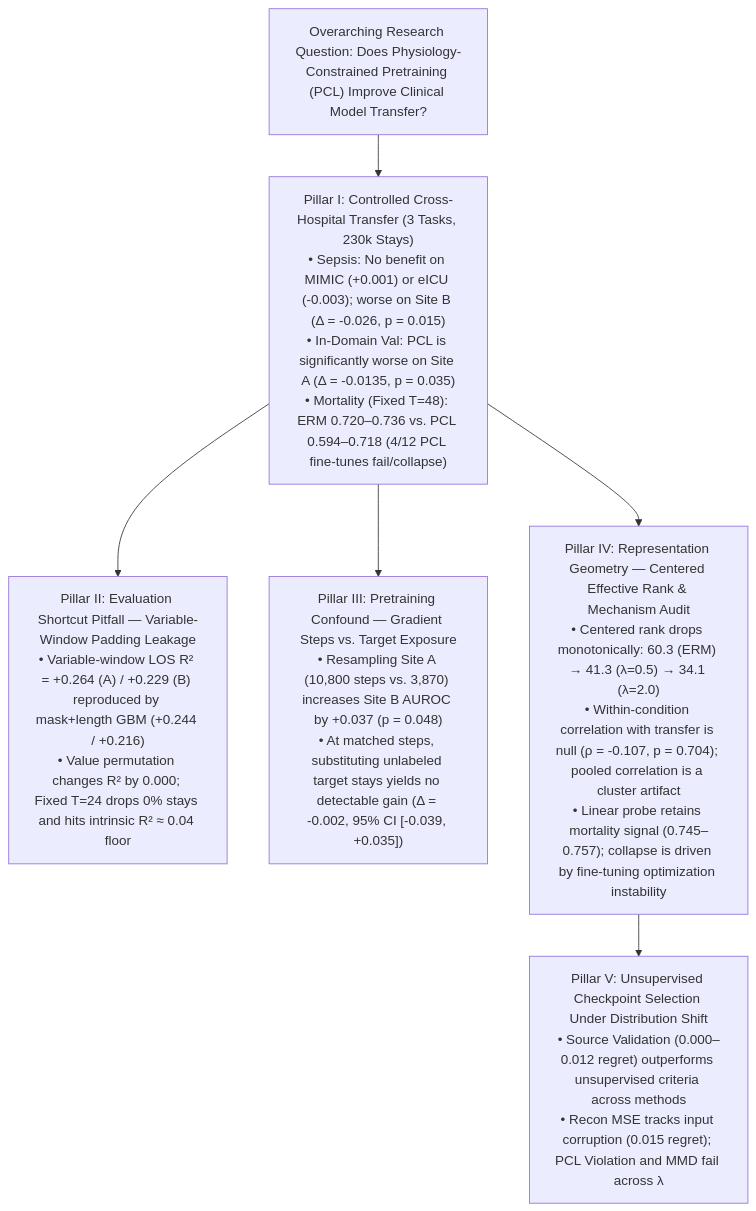
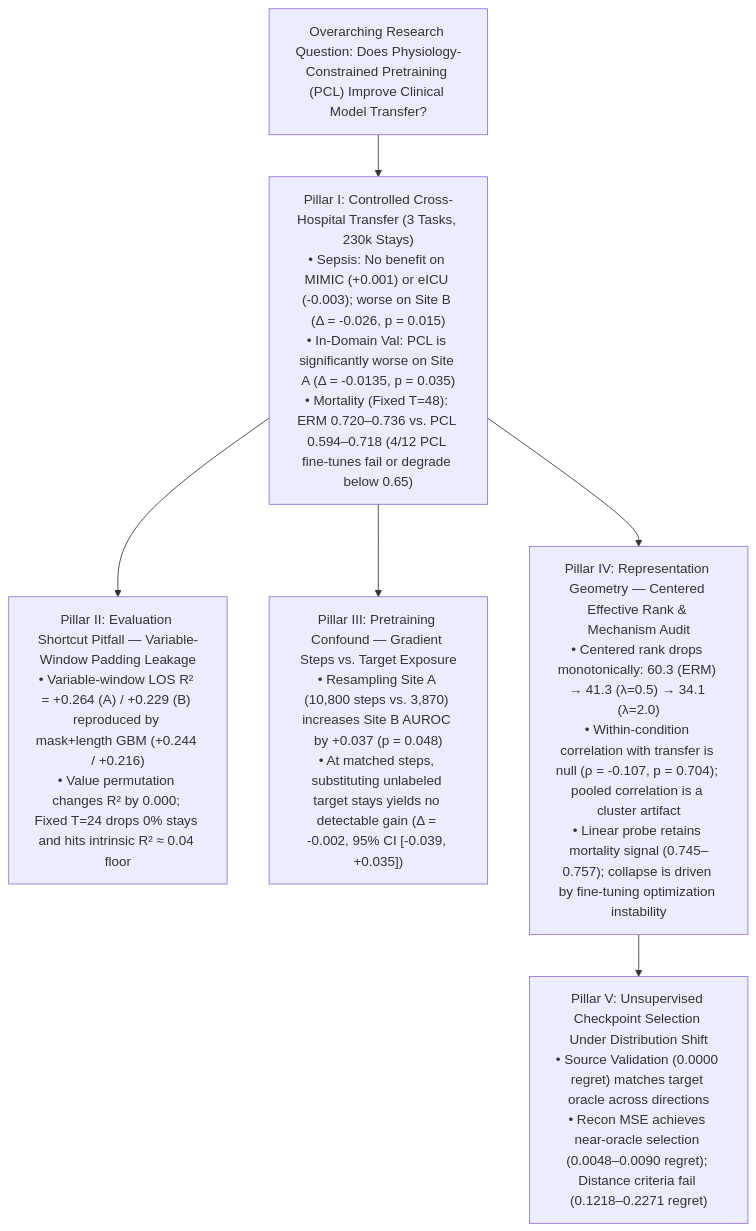
Before and after one commit to Nikhilodeon1/pcl-legacy2: the diagram in results/revision/COMPREHENSIVE_AUDIT_REPORT.md, drawn with Mermaid. The commit also changed other lines of this file and 7 other files, not shown here.

Commit message:
Address Mock Review Round 3: add constraint ablations (MAP-only, No-HH), wire Phase 2c 5-condition protocol, fix cross-platform paths, and reconcile mortality audit numbers

````diff
--- a/results/revision/COMPREHENSIVE_AUDIT_REPORT.md
+++ b/results/revision/COMPREHENSIVE_AUDIT_REPORT.md
@@ -13,16 +13,16 @@
 ```mermaid
 flowchart TD
     Q["Overarching Research Question: Does Physiology-Constrained Pretraining (PCL) Improve Clinical Model Transfer?"]
     
-    P1["Pillar I: Controlled Cross-Hospital Transfer (3 Tasks, 230k Stays)<br/>• Sepsis: No benefit on MIMIC (+0.001) or eICU (-0.003); worse on Site B (Δ = -0.026, p = 0.015)<br/>• In-Domain Val: PCL is significantly worse on Site A (Δ = -0.0135, p = 0.035)<br/>• Mortality (Fixed T=48): ERM 0.720–0.736 vs. PCL 0.594–0.718 (4/12 PCL fine-tunes fail/collapse)"]
+    P1["Pillar I: Controlled Cross-Hospital Transfer (3 Tasks, 230k Stays)<br/>• Sepsis: No benefit on MIMIC (+0.001) or eICU (-0.003); worse on Site B (Δ = -0.026, p = 0.015)<br/>• In-Domain Val: PCL is significantly worse on Site A (Δ = -0.0135, p = 0.035)<br/>• Mortality (Fixed T=48): ERM 0.720–0.736 vs. PCL 0.594–0.718 (4/12 PCL fine-tunes fail or degrade below 0.65)"]
     P2["Pillar II: Evaluation Shortcut Pitfall — Variable-Window Padding Leakage<br/>• Variable-window LOS R² = +0.264 (A) / +0.229 (B) reproduced by mask+length GBM (+0.244 / +0.216)<br/>• Value permutation changes R² by 0.000; Fixed T=24 drops 0% stays and hits intrinsic R² ≈ 0.04 floor"]
     P3["Pillar III: Pretraining Confound — Gradient Steps vs. Target Exposure<br/>• Resampling Site A (10,800 steps vs. 3,870) increases Site B AUROC by +0.037 (p = 0.048)<br/>• At matched steps, substituting unlabeled target stays yields no detectable gain (Δ = -0.002, 95% CI [-0.039, +0.035])"]
     P4["Pillar IV: Representation Geometry — Centered Effective Rank & Mechanism Audit<br/>• Centered rank drops monotonically: 60.3 (ERM) → 41.3 (λ=0.5) → 34.1 (λ=2.0)<br/>• Within-condition correlation with transfer is null (ρ = -0.107, p = 0.704); pooled correlation is a cluster artifact<br/>• Linear probe retains mortality signal (0.745–0.757); collapse is driven by fine-tuning optimization instability"]
-    P5["Pillar V: Unsupervised Checkpoint Selection Under Distribution Shift<br/>• Source Validation (0.000–0.012 regret) outperforms unsupervised criteria across methods<br/>• Recon MSE tracks input corruption (0.015 regret); PCL Violation and MMD fail across λ"]
+    P5["Pillar V: Unsupervised Checkpoint Selection Under Distribution Shift<br/>• Source Validation (0.0000 regret) matches target oracle across directions<br/>• Recon MSE achieves near-oracle selection (0.0048–0.0090 regret); Distance criteria fail (0.1218–0.2271 regret)"]
 
     Q --> P1
     P1 --> P2
     P1 --> P3
     P1 --> P4
     P4 --> P5
 ```
````
